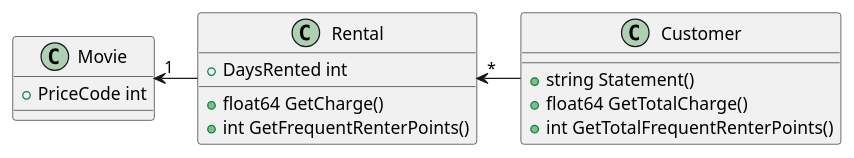
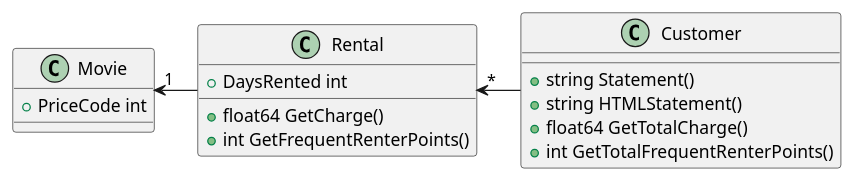
One commit to LiuPai/refactoring changed the diagram in VideoStore/diagram/class.puml. Above: the diagram before and after it, drawn with PlantUML. The commit also changed 2 other files, not shown here.

Commit message:
feat(VideoStore) Customer HTMLStatement
Add HTMLStatement() to customer to generate HTML
style rental string.
Code from p34-p35.

```diff
--- a/VideoStore/diagram/class.puml
+++ b/VideoStore/diagram/class.puml
@@ -1,15 +1,16 @@
 class Movie {
 + PriceCode int
 }
 class Rental {
 + DaysRented int
 + float64 GetCharge()
 + int GetFrequentRenterPoints()
 }
 class Customer {
 + string Statement()
++ string HTMLStatement()
 + float64 GetTotalCharge()
 + int GetTotalFrequentRenterPoints()
 }
 Customer -l-> "*" Rental
 Rental -l-> "1" Movie
```
